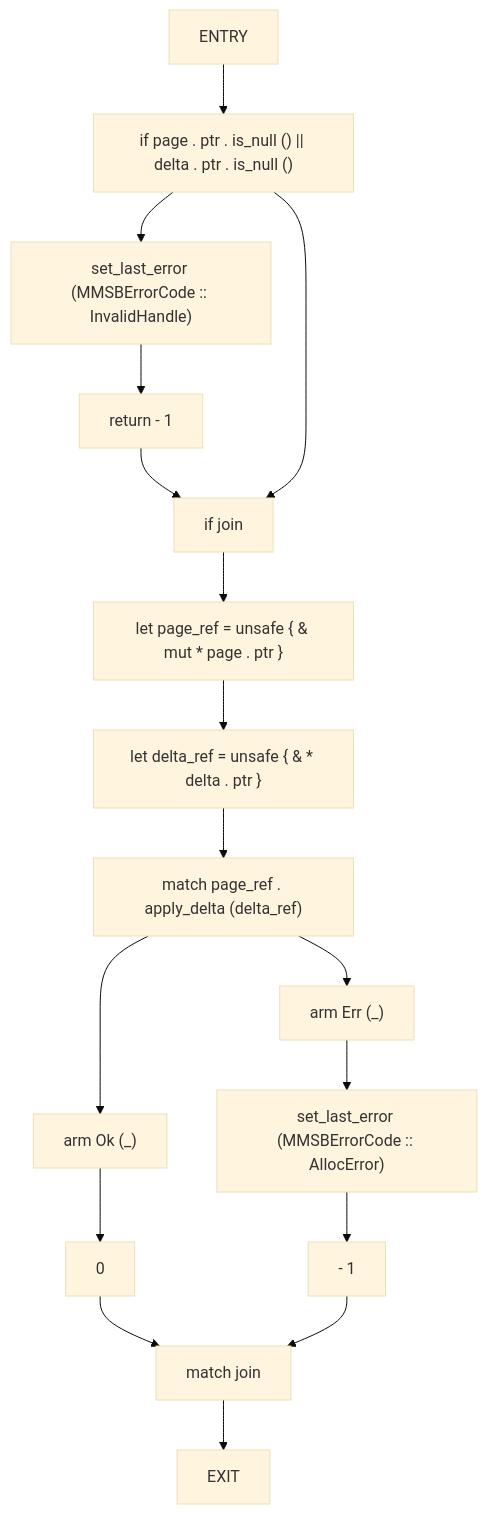
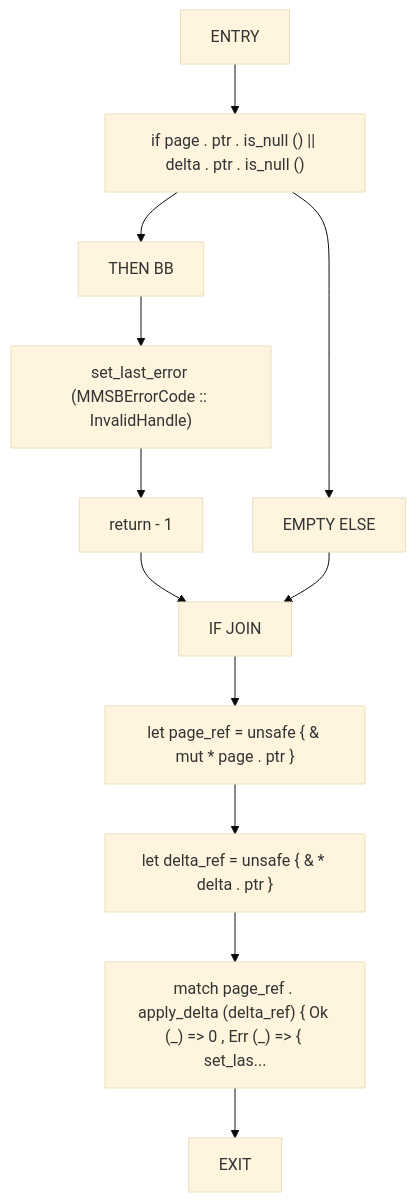
One commit to cicero-violate/MMSB changed diagram 14 of 56 in docs/analysis/cfg/080-src-ffi_rs.md. Above: the diagram before and after it, drawn with Mermaid (base theme). The commit also changed other lines of this file and 865 other files, not shown here.

````diff
--- a/docs/analysis/cfg/080-src-ffi_rs.md
+++ b/docs/analysis/cfg/080-src-ffi_rs.md
@@ -482,34 +492,25 @@
 ```mermaid
 flowchart TD
     mmsb_delta_apply_0["ENTRY"]
     mmsb_delta_apply_1["if page . ptr . is_null () || delta . ptr . is_null ()"]
-    mmsb_delta_apply_2["set_last_error (MMSBErrorCode :: InvalidHandle)"]
-    mmsb_delta_apply_3["return - 1"]
-    mmsb_delta_apply_4["if join"]
-    mmsb_delta_apply_5["let page_ref = unsafe { & mut * page . ptr }"]
-    mmsb_delta_apply_6["let delta_ref = unsafe { & * delta . ptr }"]
-    mmsb_delta_apply_7["match page_ref . apply_delta (delta_ref)"]
-    mmsb_delta_apply_8["arm Ok (_)"]
-    mmsb_delta_apply_9["0"]
-    mmsb_delta_apply_10["arm Err (_)"]
-    mmsb_delta_apply_11["set_last_error (MMSBErrorCode :: AllocError)"]
-    mmsb_delta_apply_12["- 1"]
-    mmsb_delta_apply_13["match join"]
-    mmsb_delta_apply_14["EXIT"]
+    mmsb_delta_apply_2["THEN BB"]
+    mmsb_delta_apply_3["set_last_error (MMSBErrorCode :: InvalidHandle)"]
+    mmsb_delta_apply_4["return - 1"]
+    mmsb_delta_apply_5["EMPTY ELSE"]
+    mmsb_delta_apply_6["IF JOIN"]
+    mmsb_delta_apply_7["let page_ref = unsafe { & mut * page . ptr }"]
+    mmsb_delta_apply_8["let delta_ref = unsafe { & * delta . ptr }"]
+    mmsb_delta_apply_9["match page_ref . apply_delta (delta_ref) { Ok (_) => 0 , Err (_) => { set_las..."]
+    mmsb_delta_apply_10["EXIT"]
     mmsb_delta_apply_0 --> mmsb_delta_apply_1
     mmsb_delta_apply_1 --> mmsb_delta_apply_2
     mmsb_delta_apply_2 --> mmsb_delta_apply_3
     mmsb_delta_apply_3 --> mmsb_delta_apply_4
-    mmsb_delta_apply_1 --> mmsb_delta_apply_4
-    mmsb_delta_apply_4 --> mmsb_delta_apply_5
+    mmsb_delta_apply_1 --> mmsb_delta_apply_5
+    mmsb_delta_apply_4 --> mmsb_delta_apply_6
     mmsb_delta_apply_5 --> mmsb_delta_apply_6
     mmsb_delta_apply_6 --> mmsb_delta_apply_7
     mmsb_delta_apply_7 --> mmsb_delta_apply_8
     mmsb_delta_apply_8 --> mmsb_delta_apply_9
-    mmsb_delta_apply_7 --> mmsb_delta_apply_10
-    mmsb_delta_apply_10 --> mmsb_delta_apply_11
-    mmsb_delta_apply_11 --> mmsb_delta_apply_12
-    mmsb_delta_apply_9 --> mmsb_delta_apply_13
-    mmsb_delta_apply_12 --> mmsb_delta_apply_13
-    mmsb_delta_apply_13 --> mmsb_delta_apply_14
+    mmsb_delta_apply_9 --> mmsb_delta_apply_10
 ```
````
